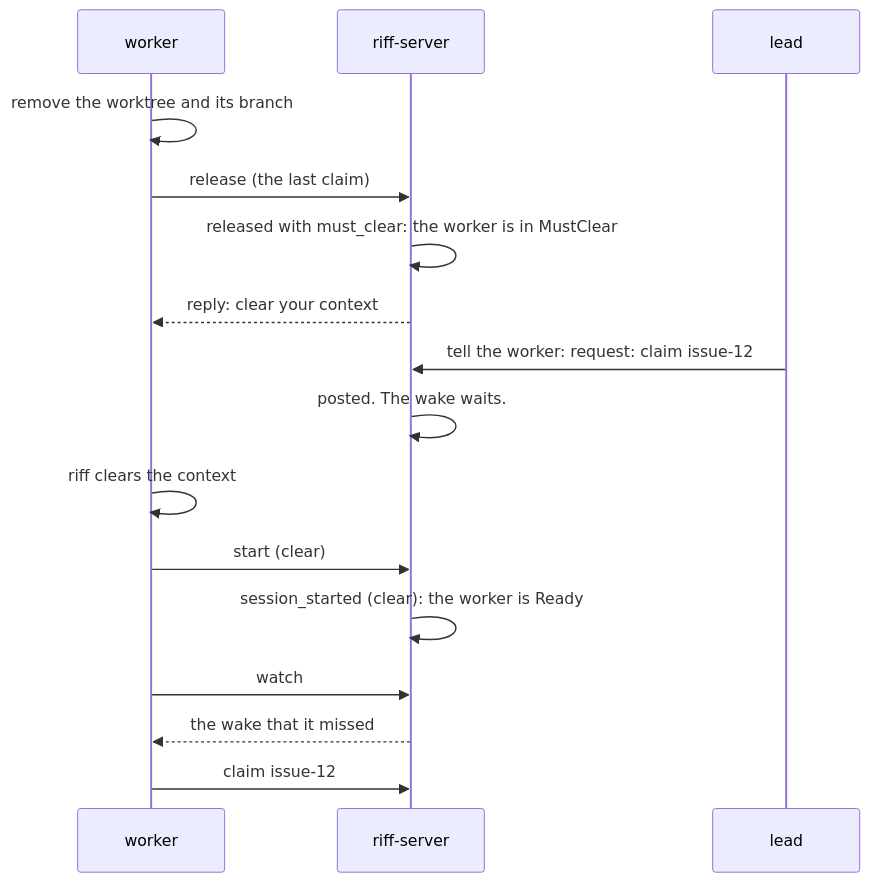
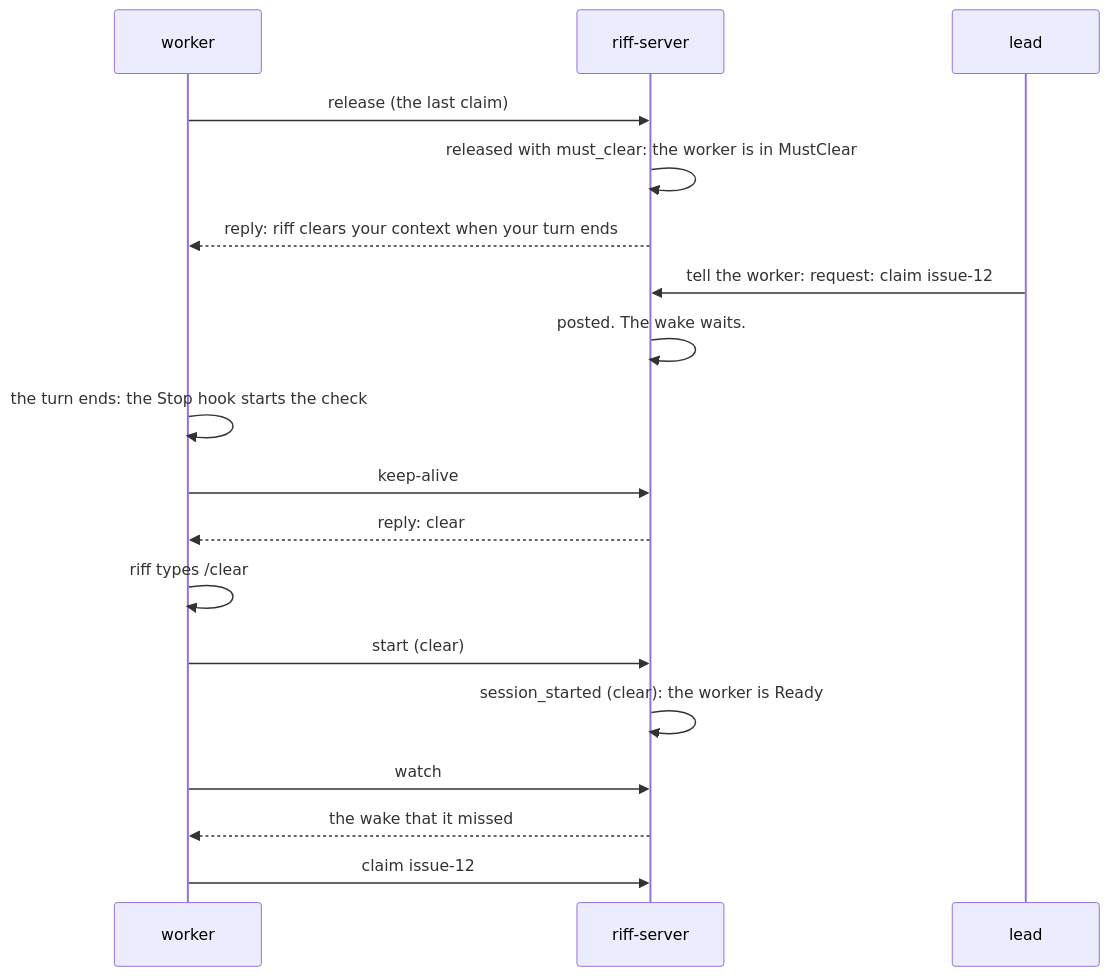
One commit to como-technologies/riff changed the fourth of 4 diagrams in docs/src/design-engine.md. Above: the diagram before and after it, drawn with Mermaid. The commit also changed other lines of this file and 20 other files, not shown here.

First line of the commit message:
riff clears the context of a worker when its turn ends after its last release (#438)

````diff
--- a/docs/src/design-engine.md
+++ b/docs/src/design-engine.md
@@ -543,18 +543,20 @@
 ```mermaid
 sequenceDiagram
     participant W as worker
     participant S as riff-server
     participant L as lead
-    W->>W: remove the worktree and its branch
     W->>S: release (the last claim)
     S->>S: released with must_clear: the worker is in MustClear
-    S-->>W: reply: clear your context
+    S-->>W: reply: riff clears your context when your turn ends
     L->>S: tell the worker: request: claim issue-12
     S->>S: posted. The wake waits.
-    W->>W: riff clears the context
+    W->>W: the turn ends: the Stop hook starts the check
+    W->>S: keep-alive
+    S-->>W: reply: clear
+    W->>W: riff types /clear
     W->>S: start (clear)
     S->>S: session_started (clear): the worker is Ready
     W->>S: watch
     S-->>W: the wake that it missed
     W->>S: claim issue-12
 ```
````
